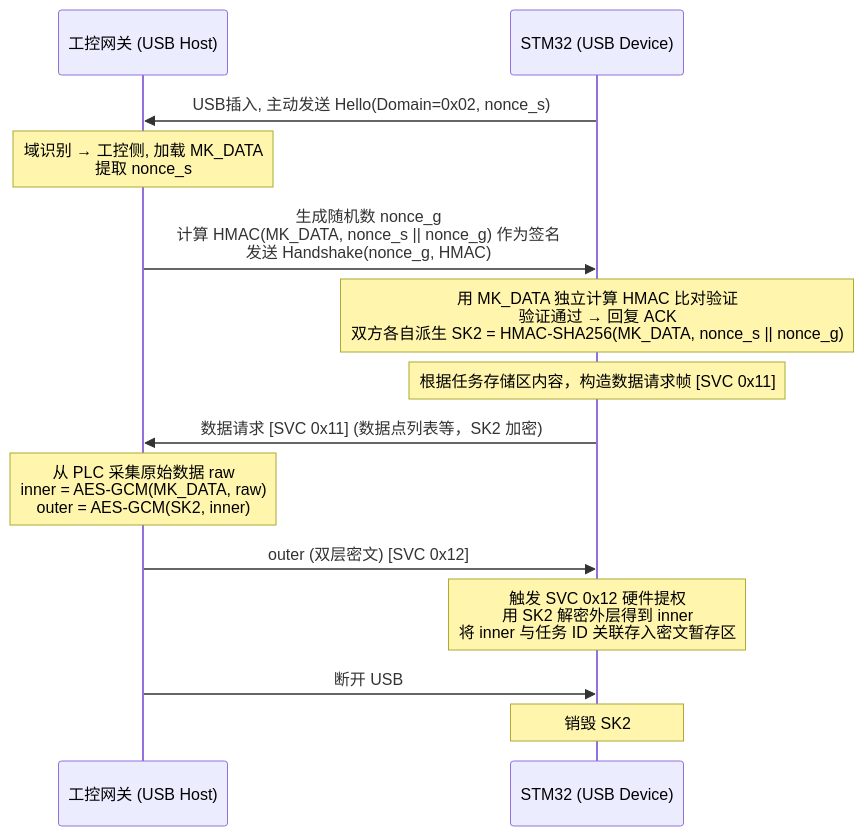
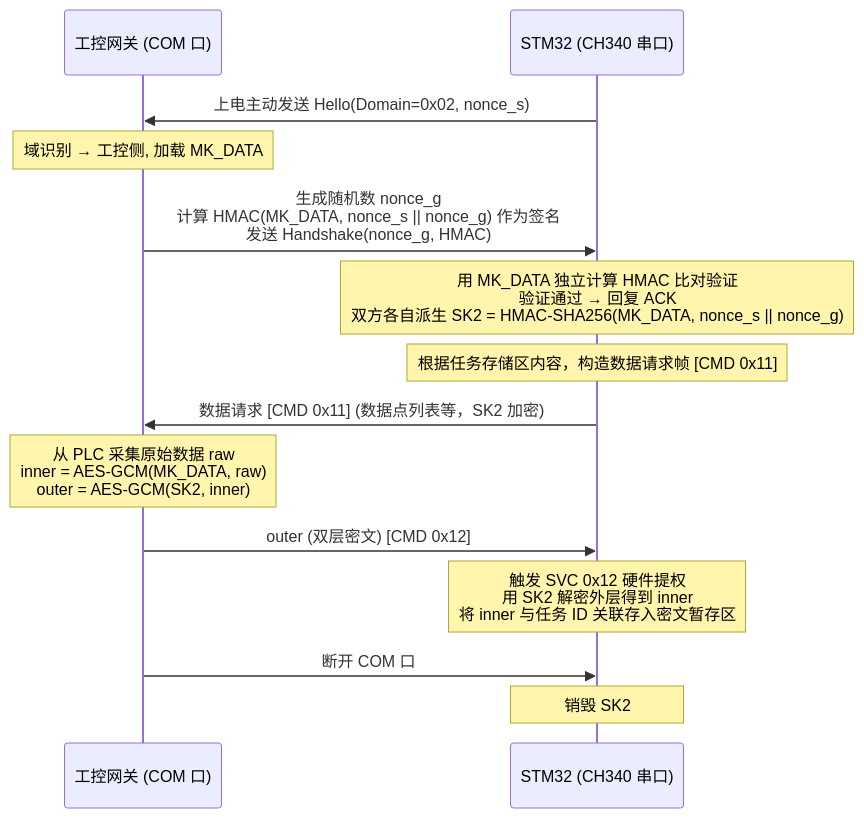
One commit to zsj8844/uuOS changed the third of 4 diagrams in 文档管理/设计文档3.md. Above: the diagram before and after it, drawn with Mermaid. The commit also changed other lines of this file and 109 other files, not shown here.

````diff
--- a/文档管理/设计文档3.md
+++ b/文档管理/设计文档3.md
@@ -202,21 +236,21 @@
 ```mermaid
 sequenceDiagram
-    participant 网关 as 工控网关 (USB Host)
-    participant STM32 as STM32 (USB Device)
+    participant 网关 as 工控网关 (COM 口)
+    participant STM32 as STM32 (CH340 串口)
 
-    STM32->>网关: USB插入, 主动发送 Hello(Domain=0x02, nonce_s)
-    Note over 网关: 域识别 → 工控侧, 加载 MK_DATA<br/>提取 nonce_s
+    STM32->>网关: 上电主动发送 Hello(Domain=0x02, nonce_s)
+    Note over 网关: 域识别 → 工控侧, 加载 MK_DATA
 
     网关->>STM32: 生成随机数 nonce_g<br/>计算 HMAC(MK_DATA, nonce_s || nonce_g) 作为签名<br/>发送 Handshake(nonce_g, HMAC)
     Note over STM32: 用 MK_DATA 独立计算 HMAC 比对验证<br/>验证通过 → 回复 ACK<br/>双方各自派生 SK2 = HMAC-SHA256(MK_DATA, nonce_s || nonce_g)
 
-    Note over STM32: 根据任务存储区内容，构造数据请求帧 [SVC 0x11]
-    STM32->>网关: 数据请求 [SVC 0x11] (数据点列表等，SK2 加密)
+    Note over STM32: 根据任务存储区内容，构造数据请求帧 [CMD 0x11]
+    STM32->>网关: 数据请求 [CMD 0x11] (数据点列表等，SK2 加密)
 
     Note over 网关: 从 PLC 采集原始数据 raw<br/>inner = AES-GCM(MK_DATA, raw)<br/>outer = AES-GCM(SK2, inner)
-    网关->>STM32: outer (双层密文) [SVC 0x12]
+    网关->>STM32: outer (双层密文) [CMD 0x12]
     Note over STM32: 触发 SVC 0x12 硬件提权<br/>用 SK2 解密外层得到 inner<br/>将 inner 与任务 ID 关联存入密文暂存区
 
-    网关->>STM32: 断开 USB
+    网关->>STM32: 断开 COM 口
     Note over STM32: 销毁 SK2
 ```
````
